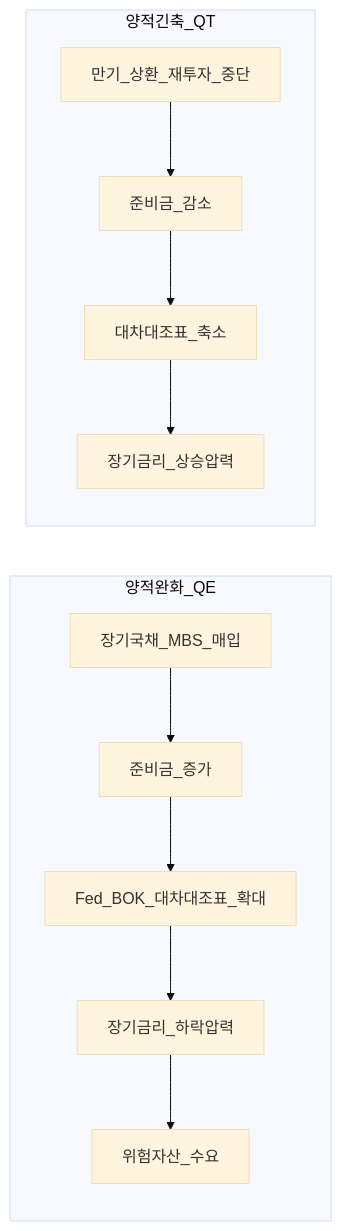
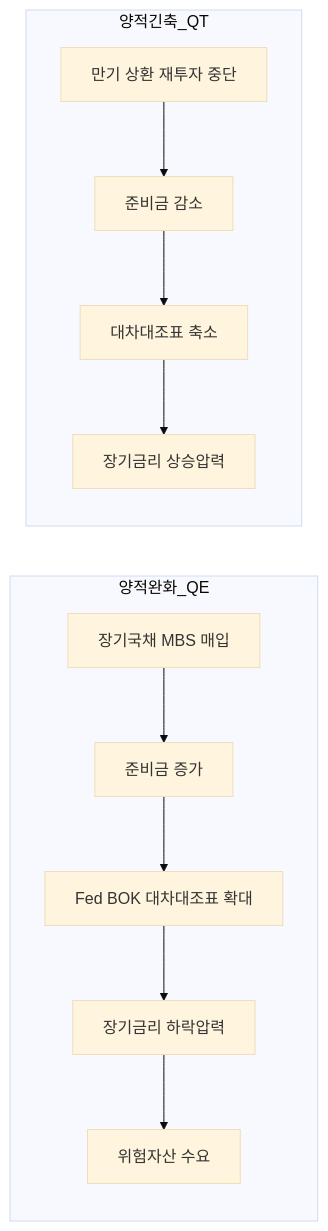
One commit to goldanghenry/Finances changed the second of 2 diagrams in 02-economics/macro-04-monetary-policy-qe.md. Above: the diagram before and after it, drawn with Mermaid (base theme). The commit also changed other lines of this file and 211 other files, not shown here.

````diff
--- a/02-economics/macro-04-monetary-policy-qe.md
+++ b/02-economics/macro-04-monetary-policy-qe.md
@@ -155,14 +165,14 @@
 ```mermaid
 flowchart LR
   subgraph QE [양적완화_QE]
-    Buy[장기국채_MBS_매입] --> Res[준비금_증가]
-    Res --> BSup[Fed_BOK_대차대조표_확대]
-    BSup --> Ydown[장기금리_하락압력]
-    Ydown --> Risk[위험자산_수요]
+    Buy["장기국채 MBS 매입"] --> Res["준비금 증가"]
+    Res --> BSup["Fed BOK 대차대조표 확대"]
+    BSup --> Ydown["장기금리 하락압력"]
+    Ydown --> Risk["위험자산 수요"]
   end
   subgraph QT [양적긴축_QT]
-    Roll[만기_상환_재투자_중단] --> Res2[준비금_감소]
-    Res2 --> BSdown[대차대조표_축소]
-    BSdown --> Yup[장기금리_상승압력]
+    Roll["만기 상환 재투자 중단"] --> Res2["준비금 감소"]
+    Res2 --> BSdown["대차대조표 축소"]
+    BSdown --> Yup["장기금리 상승압력"]
   end
 ```
````
